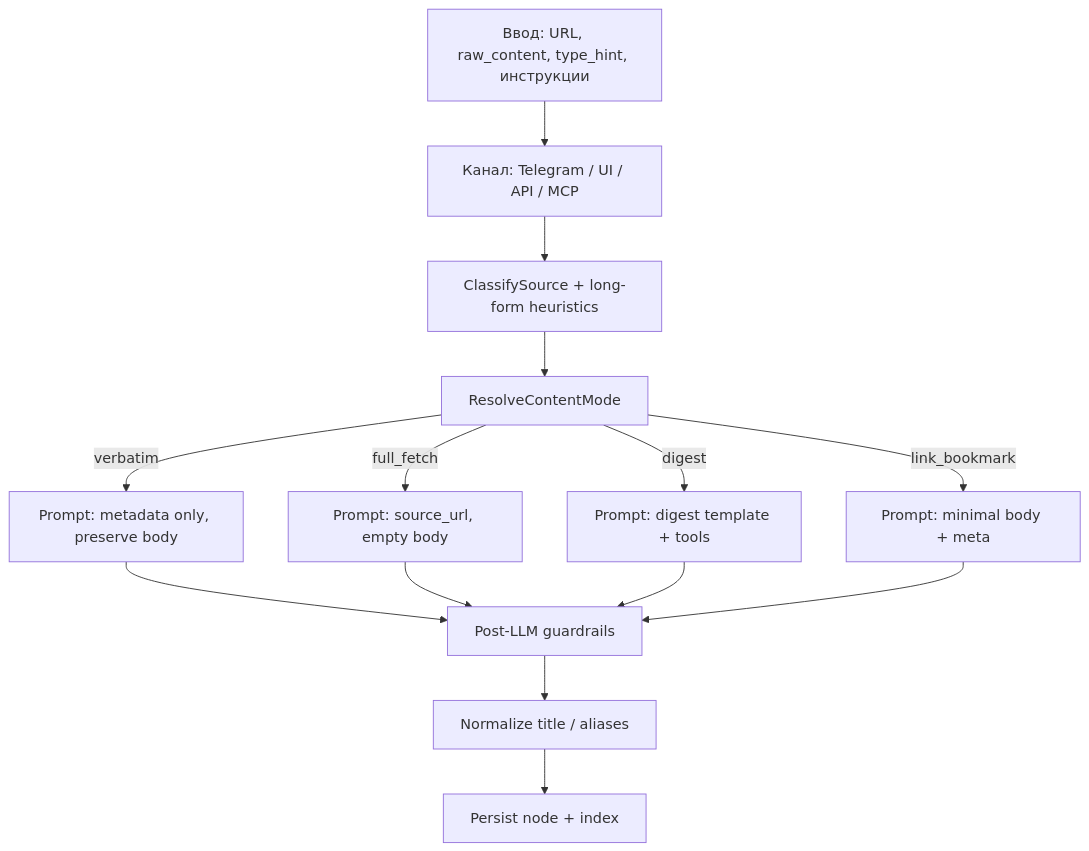
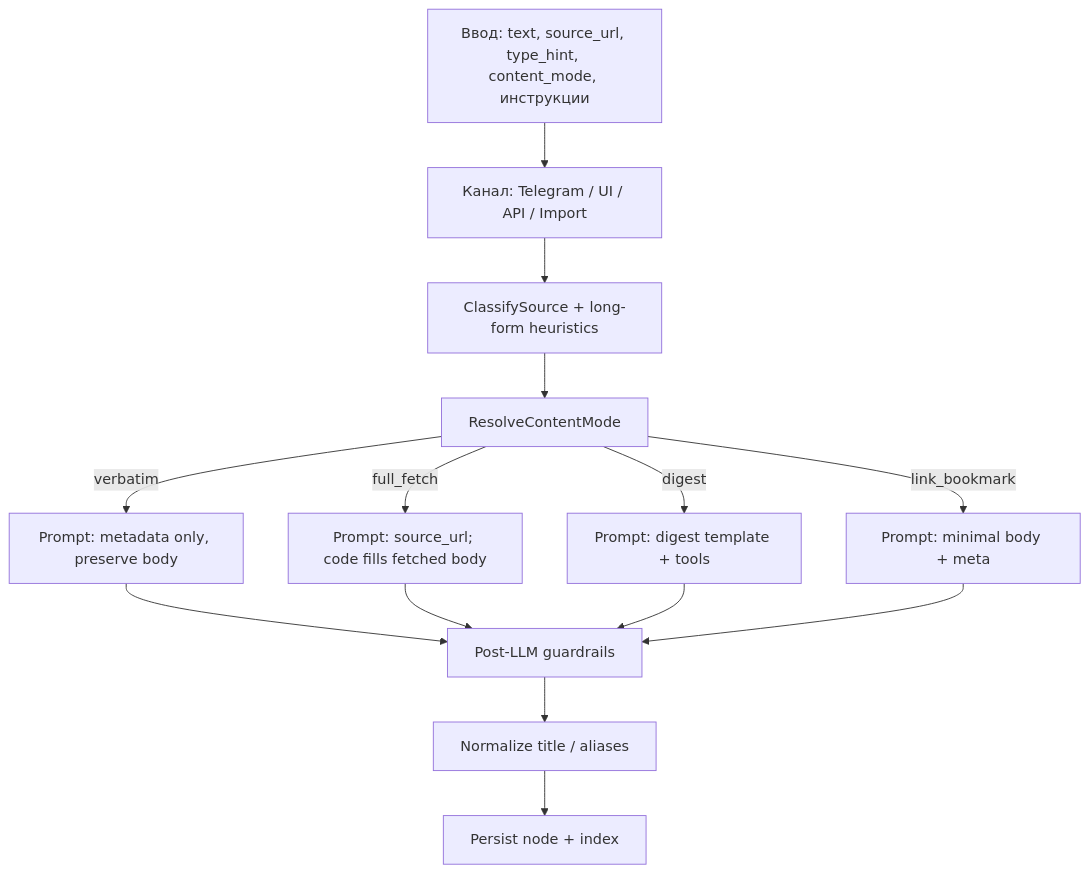
The diagram in docs/concepts/ingestion-workflows.md (strider2038/knowledge-db), drawn with Mermaid before and after one commit. The commit also changed other lines of this file and 11 other files, not shown here.

````diff
--- a/docs/concepts/ingestion-workflows.md
+++ b/docs/concepts/ingestion-workflows.md
@@ -98,16 +100,16 @@
 ```mermaid
 flowchart TD
-  IN[Ввод: URL, raw_content, type_hint, инструкции] --> CH[Канал: Telegram / UI / API / MCP]
+  IN[Ввод: text, source_url, type_hint, content_mode, инструкции] --> CH[Канал: Telegram / UI / API / Import]
   CH --> CL[ClassifySource + long-form heuristics]
   CL --> RM[ResolveContentMode]
   RM --> |verbatim| PV[Prompt: metadata only, preserve body]
-  RM --> |full_fetch| FF[Prompt: source_url, empty body]
+  RM --> |full_fetch| FF[Prompt: source_url; code fills fetched body]
   RM --> |digest| DG[Prompt: digest template + tools]
   RM --> |link_bookmark| LB[Prompt: minimal body + meta]
   PV --> GL[Post-LLM guardrails]
   FF --> GL
   DG --> GL
   LB --> GL
   GL --> NT[Normalize title / aliases]
   NT --> SAVE[Persist node + index]
 ```
````
